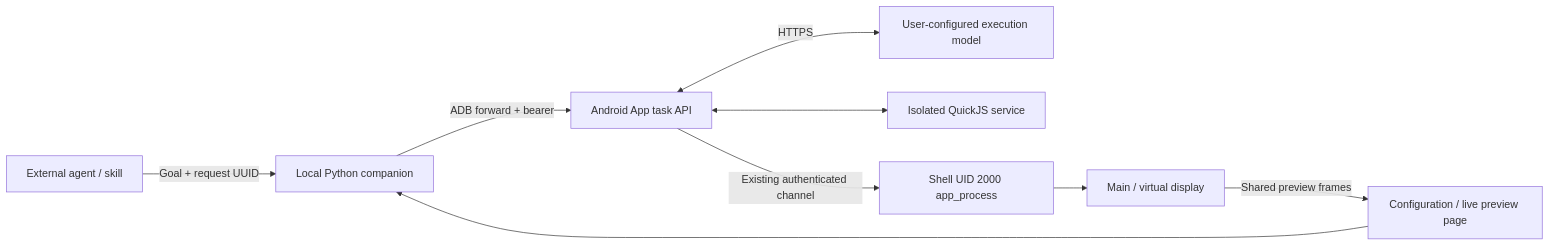
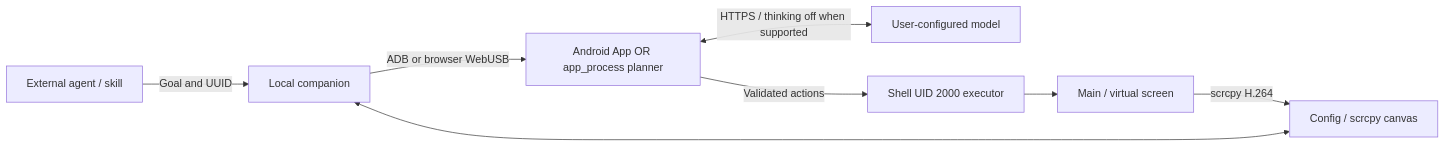
One commit to linkecoding/wukong changed the diagram in docs/agent-integration.md. Above: the diagram before and after it, drawn with Mermaid. The commit also changed other lines of this file and 43 other files, not shown here.

Commit message:
Add app-less phone agent runtime and scrcpy companion video

````diff
--- a/docs/agent-integration.md
+++ b/docs/agent-integration.md
@@ -35,11 +97,10 @@
 ```mermaid
 flowchart LR
-  Agent[External agent / skill] -->|Goal + request UUID| Host[Local Python companion]
-  Browser[Configuration / live preview page] --> Host
-  Host -->|ADB forward + bearer| App[Android App task API]
-  App <-->|HTTPS| Model[User-configured execution model]
-  App <--> JS[Isolated QuickJS service]
-  App -->|Existing authenticated channel| Shell[Shell UID 2000 app_process]
-  Shell --> Display[Main / virtual display]
-  Display -->|Shared preview frames| Browser
+    Agent[External agent / skill] -->|Goal and UUID| Bridge[Local companion]
+    Browser[Config / scrcpy canvas] <--> Bridge
+    Bridge -->|ADB or browser WebUSB| Phone[Android App OR app_process planner]
+    Phone <-->|HTTPS / thinking off when supported| Model[User-configured model]
+    Phone -->|Validated actions| Execute[Shell UID 2000 executor]
+    Execute --> Display[Main / virtual screen]
+    Display -->|scrcpy H.264| Browser
 ```
````
